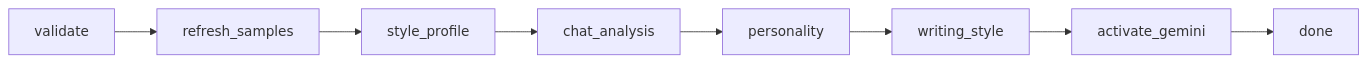
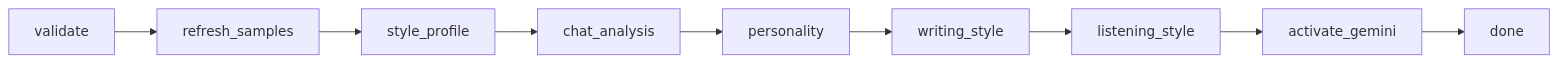
The diagram in docs/langgraph/persona-train.md (GreatNerve/ChatMemory), drawn with Mermaid before and after one commit. The commit also changed other lines of this file and 15 other files, not shown here.

````diff
--- a/docs/langgraph/persona-train.md
+++ b/docs/langgraph/persona-train.md
@@ -27,10 +27,11 @@
 ```mermaid
 flowchart LR
     A[validate] --> B[refresh_samples]
     B --> C[style_profile]
     C --> D[chat_analysis]
     D --> E[personality]
     E --> F[writing_style]
-    F --> G[activate_gemini]
-    G --> H[done]
+    F --> G[listening_style]
+    G --> H[activate_gemini]
+    H --> I[done]
 ```
````
